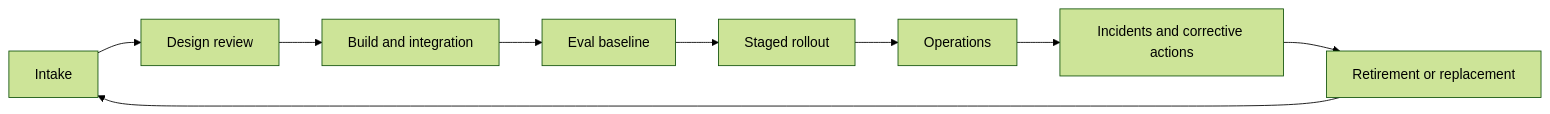
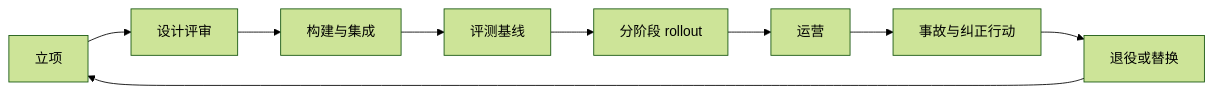
The second of 2 diagrams in docs/book/part-viii/chapter-19.zh.md (agent-axiom/agent-arch), drawn with Mermaid (forest theme) before and after one commit. The commit also changed other lines of this file, not shown here.

````diff
--- a/docs/book/part-viii/chapter-19.zh.md
+++ b/docs/book/part-viii/chapter-19.zh.md
@@ -169,11 +169,11 @@
 ``` mermaid
 flowchart LR
-    A["Intake"] --> B["Design review"]
-    B --> C["Build and integration"]
-    C --> D["Eval baseline"]
-    D --> E["Staged rollout"]
-    E --> F["Operations"]
-    F --> G["Incidents and corrective actions"]
-    G --> H["Retirement or replacement"]
+    A["立项"] --> B["设计评审"]
+    B --> C["构建与集成"]
+    C --> D["评测基线"]
+    D --> E["分阶段 rollout"]
+    E --> F["运营"]
+    F --> G["事故与纠正行动"]
+    G --> H["退役或替换"]
     H --> A
 ```
````
